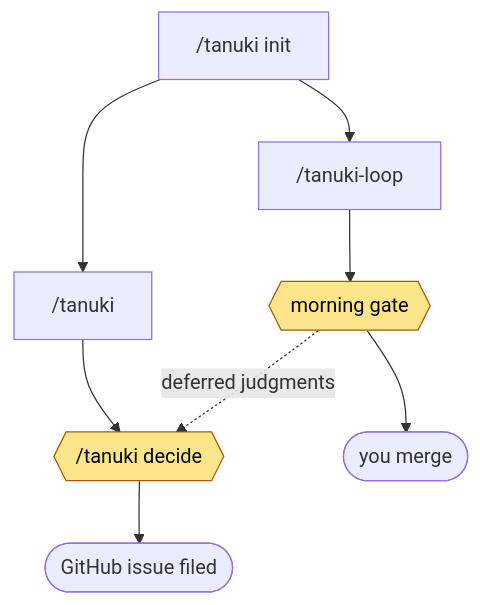
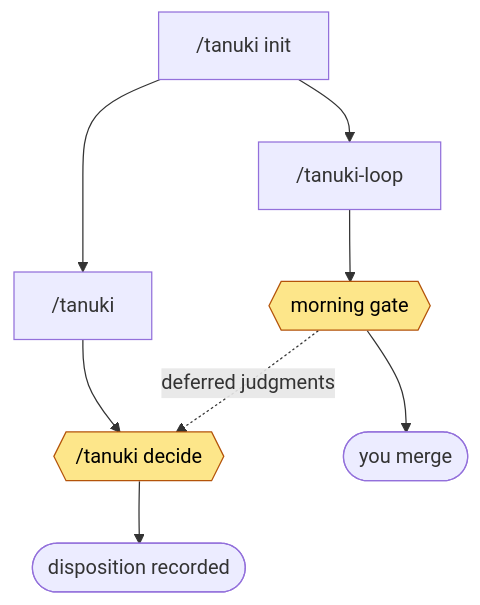
Before and after one commit to tim-nish/tanuki: the diagram in README.md, drawn with Mermaid. The commit also changed other lines of this file, not shown here.

First line of the commit message:
docs: decide's endpoint is a recorded disposition, not always an issue

````diff
--- a/README.md
+++ b/README.md
@@ -146,16 +147,16 @@
 ```mermaid
 flowchart TD
     init["/tanuki init"]
     init --> tanuki["/tanuki"]
     init --> loop["/tanuki-loop"]
 
     tanuki --> decide{{"/tanuki decide"}}
-    decide --> issue(["GitHub issue filed"])
+    decide --> disposition(["disposition recorded"])
 
     loop --> gate{{"morning gate"}}
     gate --> merge(["you merge"])
     gate -.->|deferred judgments| decide
 
     classDef gatecls fill:#fde68a,stroke:#b45309,color:#000;
     class decide,gate gatecls;
 ```
````
